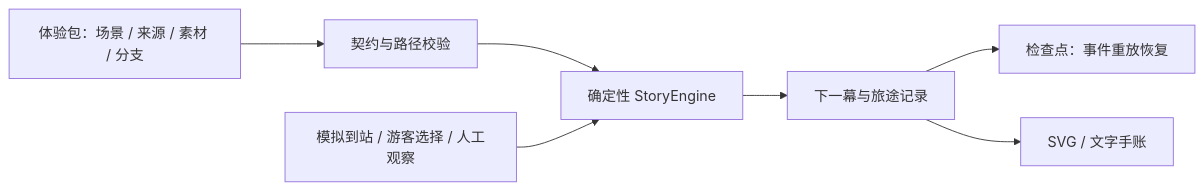
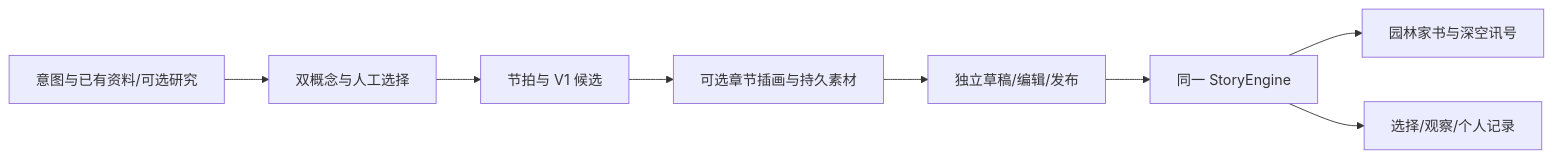
Before and after one commit to melxy1997/hackathon-trip-guide: the diagram in docs/timewalker_hackathon/docs/08-五分钟答辩讲稿.md, drawn with Mermaid. The commit also changed other lines of this file and 24 other files, not shown here.

````diff
--- a/docs/timewalker_hackathon/docs/08-五分钟答辩讲稿.md
+++ b/docs/timewalker_hackathon/docs/08-五分钟答辩讲稿.md
@@ -48,9 +36,10 @@
 ```mermaid
 flowchart LR
-  A[体验包：场景 / 来源 / 素材 / 分支] --> B[契约与路径校验]
-  B --> C[确定性 StoryEngine]
-  D[模拟到站 / 游客选择 / 人工观察] --> C
-  C --> E[下一幕与旅途记录]
-  E --> F[检查点：事件重放恢复]
-  E --> G[SVG / 文字手账]
+  A[意图与已有资料/可选研究] --> B[双概念与人工选择]
+  B --> C[节拍与 V1 候选]
+  C --> D[可选章节插画与持久素材]
+  D --> E[独立草稿/编辑/发布]
+  E --> F[同一 StoryEngine]
+  F --> G[园林家书与深空讯号]
+  F --> H[选择/观察/个人记录]
 ```
````
